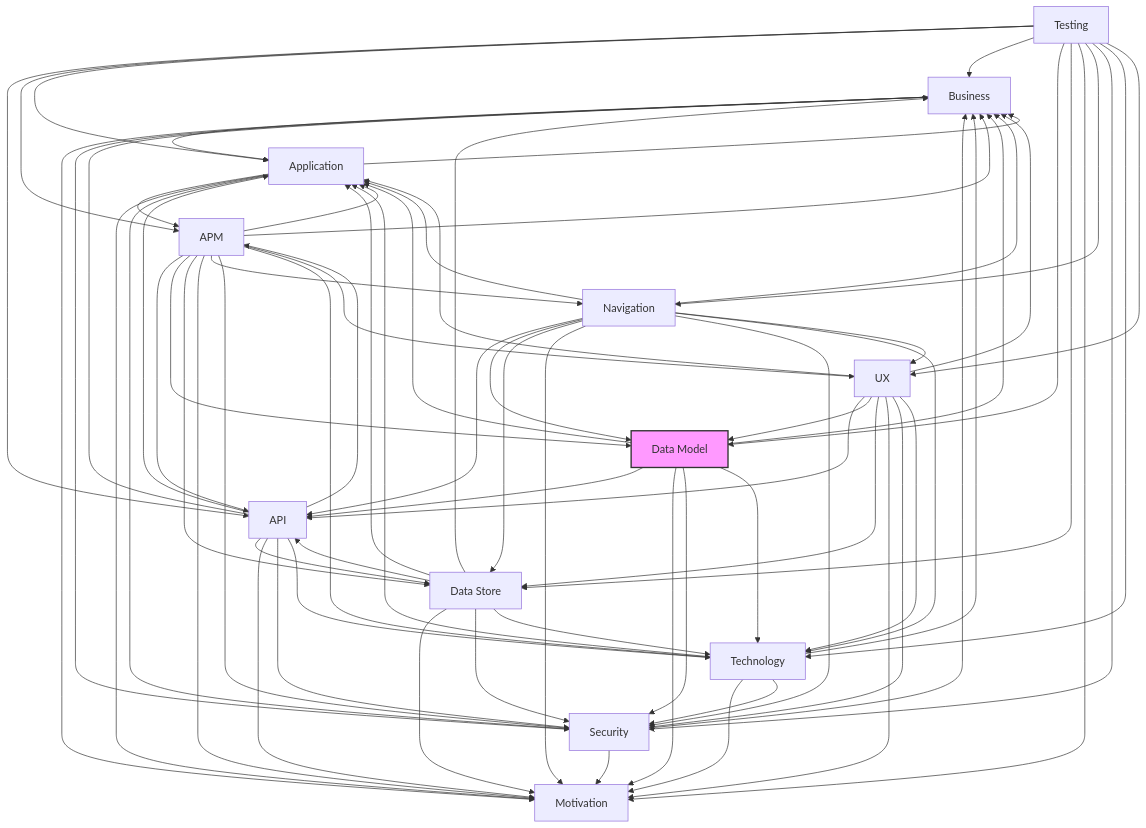
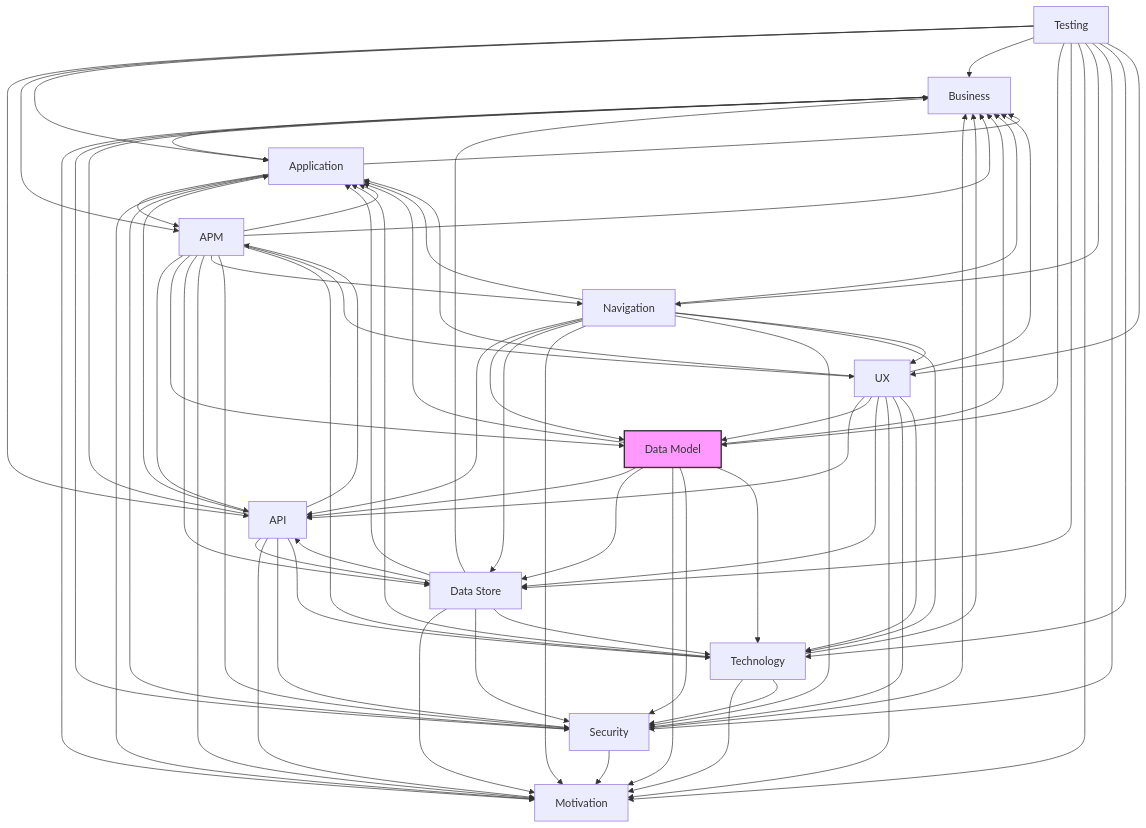
The second of 2 diagrams in spec/browser/07-data-model-layer-report.md (tinkermonkey/documentation_robotics), drawn with Mermaid before and after one commit. The commit also changed other lines of this file and 21 other files, not shown here.

```diff
--- a/spec/browser/07-data-model-layer-report.md
+++ b/spec/browser/07-data-model-layer-report.md
@@ -114,6 +126,7 @@
   data_model --> api
   data_model --> application
   data_model --> business
+  data_model --> data_store
   data_model --> motivation
   data_model --> security
   data_model --> technology
```
